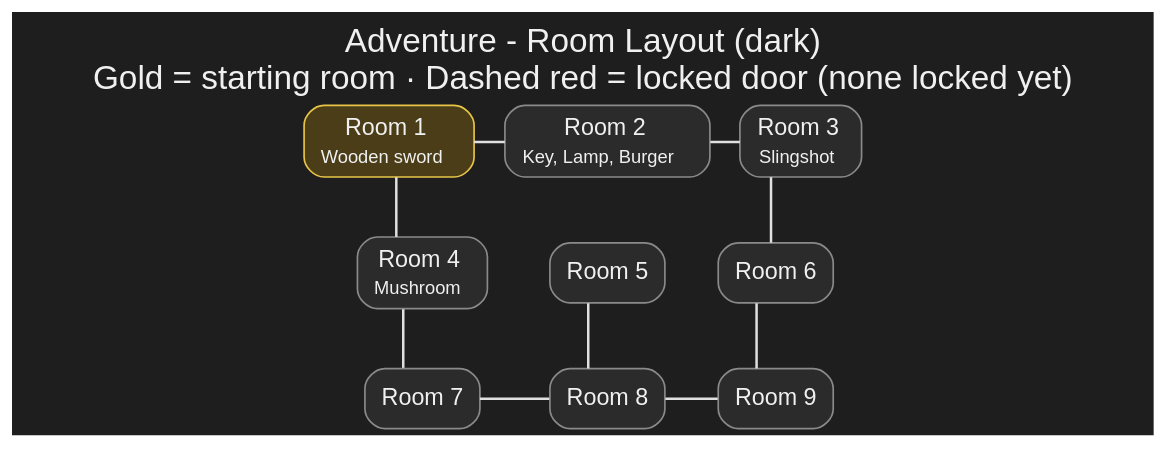
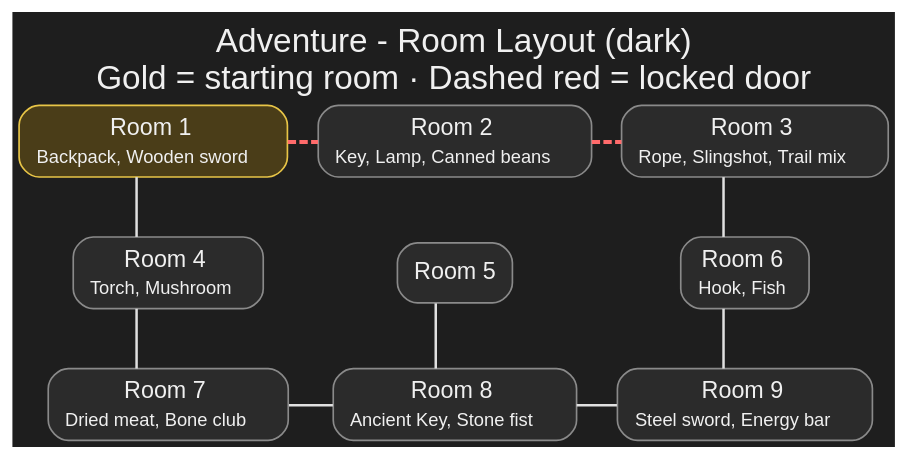
One commit to mwnDK1402/Adventure changed the diagram in docs/room-diagram-dark.dot. Above: the diagram before and after it, drawn with Graphviz. The commit also changed 7 other files, not shown here.

Commit message:
Update diagrams for enemies, combat, commands and room lock

```diff
--- a/docs/room-diagram-dark.dot
+++ b/docs/room-diagram-dark.dot
@@ -1,63 +1,61 @@
 graph Rooms {
-    label = "Adventure - Room Layout (dark)\nGold = starting room · Dashed red = locked door (none locked yet)";
+    label = "Adventure - Room Layout (dark)\nGold = starting room · Dashed red = locked door";
     labelloc = t;
     fontname = "Helvetica";
     fontsize = 20;
     fontcolor = "#F0F0F0";
     bgcolor = "#1E1E1E";
     rankdir = TB;
     splines = ortho;
     node [shape = box, style = "rounded,filled", fontname = "Helvetica", fontsize = 14, fillcolor = "#2B2B2B", color = "#8A8A8A", fontcolor = "#F0F0F0"];
     edge [color = "#E0E0E0", penwidth = 1.5];
 
     { rank = same; r1; r2; r3; }
     { rank = same; r4; r5; r6; }
     { rank = same; r7; r8; r9; }
 
-    r1 [label = <<TABLE BORDER="0" CELLBORDER="0" CELLSPACING="0"><TR><TD>Room 1</TD></TR><TR><TD><FONT POINT-SIZE="11">Wooden sword</FONT></TD></TR></TABLE>>, fillcolor = "#4A3D18", color = "#E8C547"];
-    r2 [label = <<TABLE BORDER="0" CELLBORDER="0" CELLSPACING="0"><TR><TD>Room 2</TD></TR><TR><TD><FONT POINT-SIZE="11">Key, Lamp, Burger</FONT></TD></TR></TABLE>>];
-    r3 [label = <<TABLE BORDER="0" CELLBORDER="0" CELLSPACING="0"><TR><TD>Room 3</TD></TR><TR><TD><FONT POINT-SIZE="11">Slingshot</FONT></TD></TR></TABLE>>];
-    r4 [label = <<TABLE BORDER="0" CELLBORDER="0" CELLSPACING="0"><TR><TD>Room 4</TD></TR><TR><TD><FONT POINT-SIZE="11">Mushroom</FONT></TD></TR></TABLE>>];
+    r1 [label = <<TABLE BORDER="0" CELLBORDER="0" CELLSPACING="0"><TR><TD>Room 1</TD></TR><TR><TD><FONT POINT-SIZE="11">Backpack, Wooden sword</FONT></TD></TR></TABLE>>, fillcolor = "#4A3D18", color = "#E8C547"];
+    r2 [label = <<TABLE BORDER="0" CELLBORDER="0" CELLSPACING="0"><TR><TD>Room 2</TD></TR><TR><TD><FONT POINT-SIZE="11">Key, Lamp, Canned beans</FONT></TD></TR></TABLE>>];
+    r3 [label = <<TABLE BORDER="0" CELLBORDER="0" CELLSPACING="0"><TR><TD>Room 3</TD></TR><TR><TD><FONT POINT-SIZE="11">Rope, Slingshot, Trail mix</FONT></TD></TR></TABLE>>];
+    r4 [label = <<TABLE BORDER="0" CELLBORDER="0" CELLSPACING="0"><TR><TD>Room 4</TD></TR><TR><TD><FONT POINT-SIZE="11">Torch, Mushroom</FONT></TD></TR></TABLE>>];
     r5 [label = "Room 5"];
-    r6 [label = "Room 6"];
-    r7 [label = "Room 7"];
-    r8 [label = "Room 8"];
-    r9 [label = "Room 9"];
+    r6 [label = <<TABLE BORDER="0" CELLBORDER="0" CELLSPACING="0"><TR><TD>Room 6</TD></TR><TR><TD><FONT POINT-SIZE="11">Hook, Fish</FONT></TD></TR></TABLE>>];
+    r7 [label = <<TABLE BORDER="0" CELLBORDER="0" CELLSPACING="0"><TR><TD>Room 7</TD></TR><TR><TD><FONT POINT-SIZE="11">Dried meat, Bone club</FONT></TD></TR></TABLE>>];
+    r8 [label = <<TABLE BORDER="0" CELLBORDER="0" CELLSPACING="0"><TR><TD>Room 8</TD></TR><TR><TD><FONT POINT-SIZE="11">Ancient Key, Stone fist</FONT></TD></TR></TABLE>>];
+    r9 [label = <<TABLE BORDER="0" CELLBORDER="0" CELLSPACING="0"><TR><TD>Room 9</TD></TR><TR><TD><FONT POINT-SIZE="11">Steel sword, Energy bar</FONT></TD></TR></TABLE>>];
 
     // Room connections, mirroring Map.buildMap():
     //   room2.setWestEast(room1, room2)   -> r1 -- r2
     //   room1.setNorthSouth(room1, room4) -> r1 -- r4
     //   room3.setWestEast(room2, room3)   -> r2 -- r3
     //   room3.setNorthSouth(room3, room6) -> r3 -- r6
     //   room4.setNorthSouth(room4, room7) -> r4 -- r7
     //   room7.setWestEast(room7, room8)   -> r7 -- r8
     //   room5.setNorthSouth(room5, room8) -> r5 -- r8
     //   room8.setWestEast(room8, room9)   -> r8 -- r9
     //   room6.setNorthSouth(room6, room9) -> r6 -- r9
-    r1 -- r2;
-    r2 -- r3;
+    // Locked doors: Map.buildMap() calls `room2.setLock(true)`, so Room 2 is
+    // locked and both edges leading to it are drawn dashed red. Note that
+    // Room.lock is per-room, not per-direction, so the lock blocks BOTH
+    // approaches to Room 2, not just the one from Room 1.
+    r1 -- r2 [color = "#FF6B6B", style = "dashed", penwidth = 2.5];
+    r2 -- r3 [color = "#FF6B6B", style = "dashed", penwidth = 2.5];
     r3 -- r6;
     r1 -- r4;
     r4 -- r7;
     r7 -- r8;
     r8 -- r9;
     r5 -- r8;
     r6 -- r9;
-
-    // Locked doors: none active. Map.buildMap() keeps `room2.setLock(true)`
-    // commented out. Note that Room.lock is per-room, not per-direction, so
-    // enabling it blocks BOTH approaches to Room 2, not just the one from Room 1:
-    //   r1 -- r2 [color = "#FF6B6B", style = "dashed", penwidth = 2.5];
-    //   r2 -- r3 [color = "#FF6B6B", style = "dashed", penwidth = 2.5];
 
     // Invisible edges, used only to hold the grid layout
     edge [style = invis, color = "white"];
     r1 -- r4;
     r4 -- r7;
     r2 -- r5;
     r5 -- r8;
     r3 -- r6;
     r6 -- r9;
     r4 -- r5;
     r5 -- r6;
 }
```
